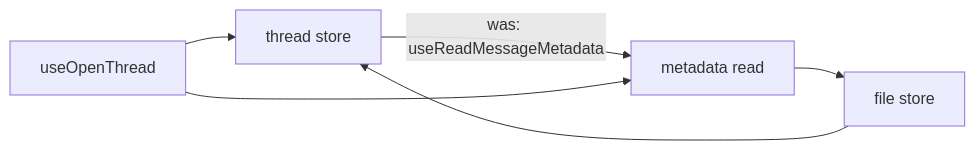
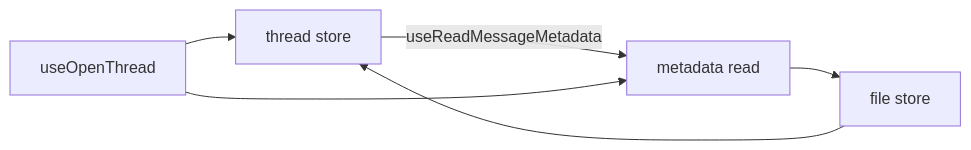
The second of 2 diagrams in apps/web/content/docs/architecture/module-boundaries.md (Esposter/Esposter), drawn with Mermaid before and after one commit. The commit also changed 6 other files, not shown here.

````diff
--- a/apps/web/content/docs/architecture/module-boundaries.md
+++ b/apps/web/content/docs/architecture/module-boundaries.md
@@ -69,8 +69,8 @@
 ```mermaid
 flowchart LR
-  T["thread store"] -- "was: useReadMessageMetadata" --> M["metadata read"]
+  T["thread store"] -- "useReadMessageMetadata" --> M["metadata read"]
   M --> F["file store"]
   F --> T
   O["useOpenThread"] --> T
   O --> M
 ```
````
